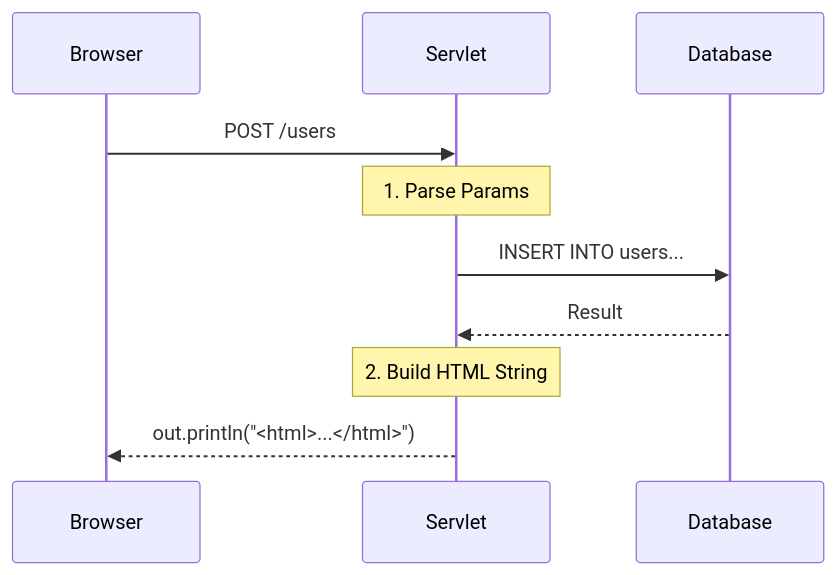
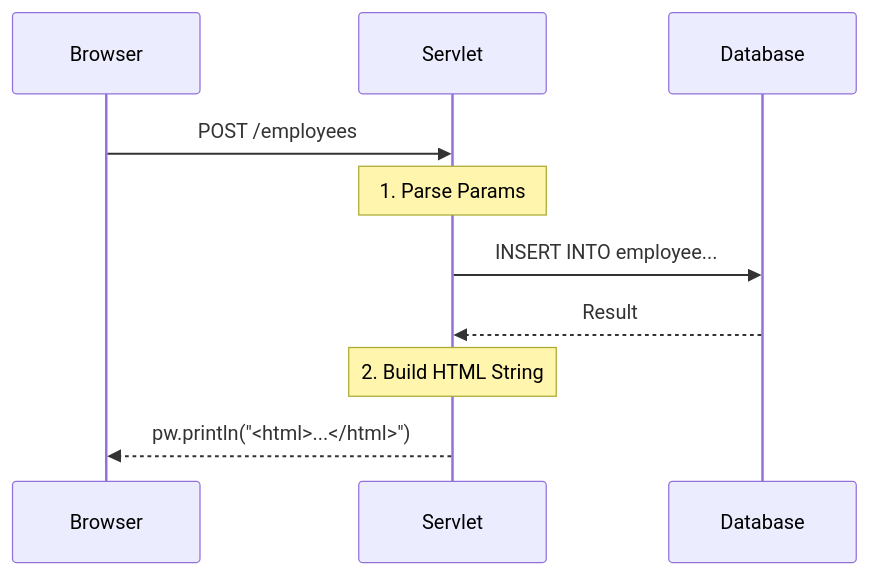
Before and after one commit to mohammeddaniyal/hr-core-architecture-evolution: the diagram in stage-1-servlet/README.md, drawn with Mermaid. The commit also changed other lines of this file, not shown here.

````diff
--- a/stage-1-servlet/README.md
+++ b/stage-1-servlet/README.md
@@ -15,14 +13,14 @@
 ```mermaid
 sequenceDiagram
     participant Browser
     participant Servlet
     participant Database
 
-    Browser->>Servlet: POST /users
+    Browser->>Servlet: POST /employees
     Note over Servlet: 1. Parse Params
-    Servlet->>Database: INSERT INTO users...
+    Servlet->>Database: INSERT INTO employee...
     Database-->>Servlet: Result
     Note over Servlet: 2. Build HTML String
-    Servlet-->>Browser: out.println("<html>...</html>")
+    Servlet-->>Browser: pw.println("<html>...</html>")
 
 ```
````
